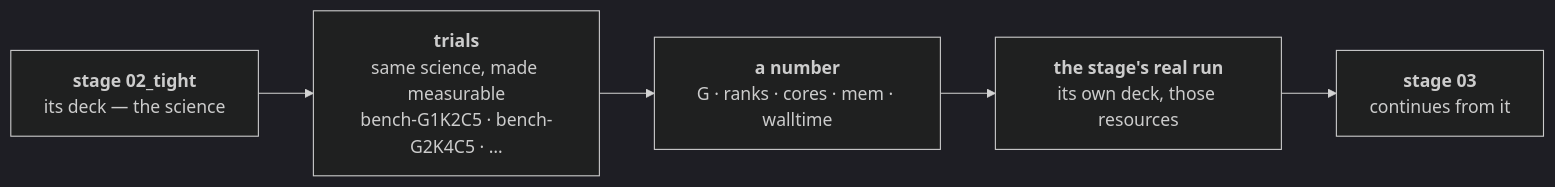
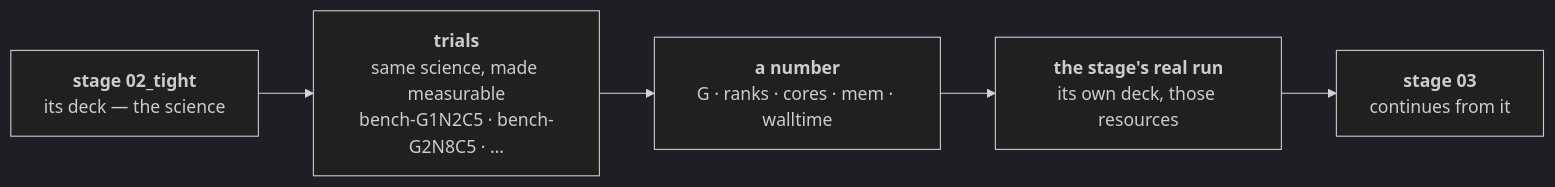
The tenth of 10 diagrams in docs/execution/project-layout.md (Qing-LAB/molbuilder), drawn with Mermaid (dark theme) before and after one commit. The commit also changed other lines of this file and 35 other files, not shown here.

````diff
--- a/docs/execution/project-layout.md
+++ b/docs/execution/project-layout.md
@@ -2286,7 +2286,7 @@
 ```mermaid
 flowchart LR
-    D["<b>stage 02_tight</b><br/>its deck — the science"] --> T["<b>trials</b><br/>same science, made measurable<br/>bench-G1K2C5 · bench-G2K4C5 · …"]
+    D["<b>stage 02_tight</b><br/>its deck — the science"] --> T["<b>trials</b><br/>same science, made measurable<br/>bench-G1N2C5 · bench-G2N8C5 · …"]
     T --> W["<b>a number</b><br/>G · ranks · cores · mem · walltime"]
     W --> R["<b>the stage's real run</b><br/>its own deck, those resources"]
     R --> N["<b>stage 03</b><br/>continues from it"]
 ```
````
